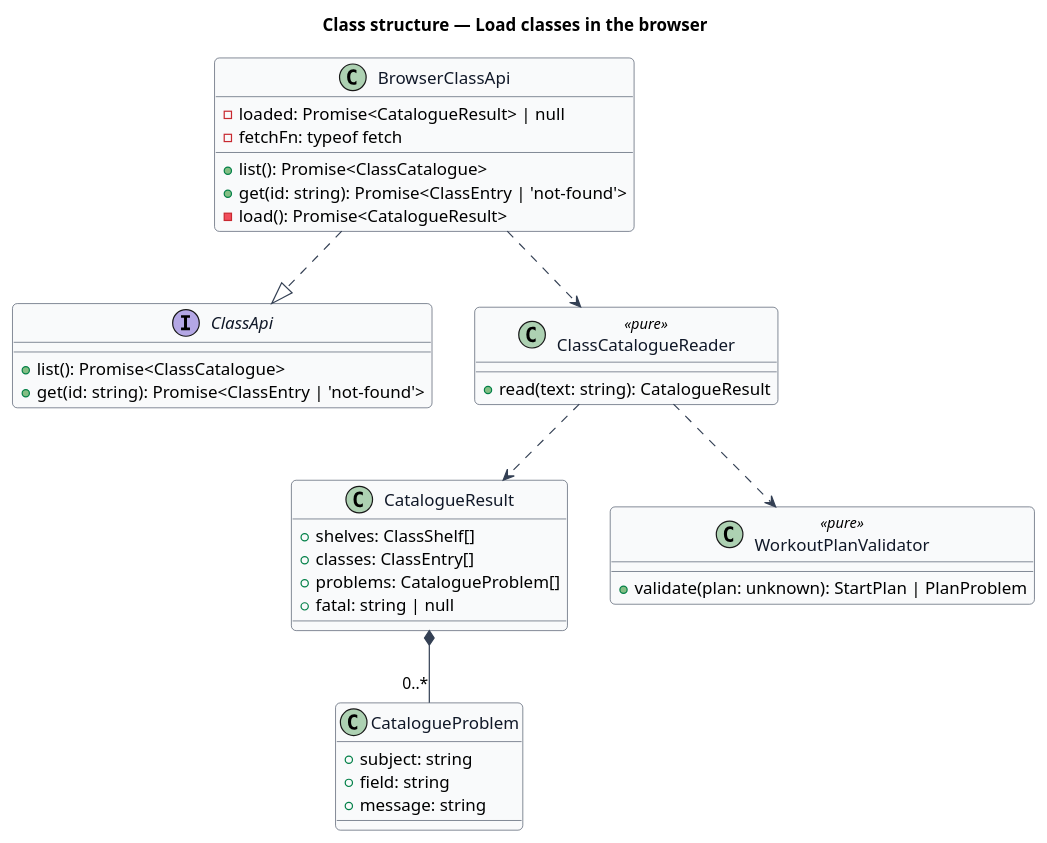
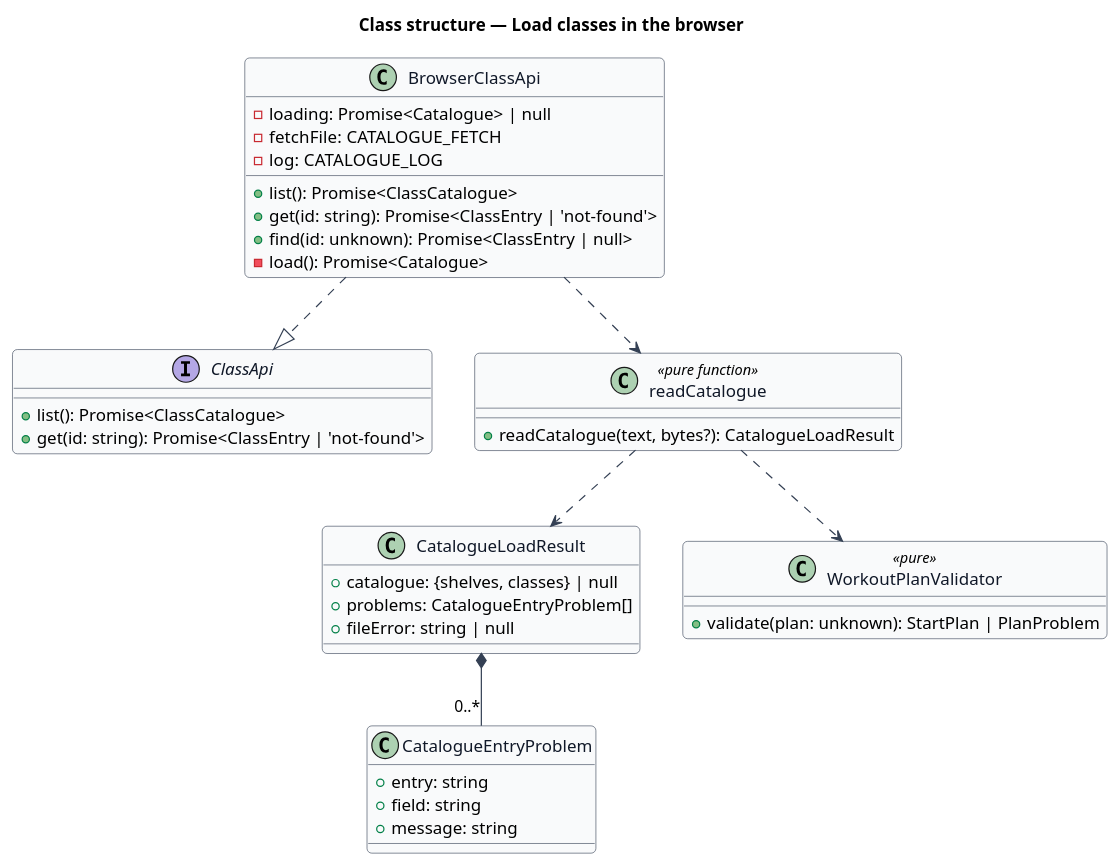
The diagram in docs/detailed-designs/browser-edition/load-classes-in-browser/diagrams/class-structure.puml (QuinntyneBrown/ride-one), drawn with PlantUML before and after one commit. The commit also changed 21 other files, not shown here.

First line of the commit message:
Read the class catalogue from classes.json in the browser edition (L2-096)

```diff
--- a/docs/detailed-designs/browser-edition/load-classes-in-browser/diagrams/class-structure.puml
+++ b/docs/detailed-designs/browser-edition/load-classes-in-browser/diagrams/class-structure.puml
@@ -1,47 +1,48 @@
 @startuml
 skinparam backgroundColor #FFFFFF
 skinparam shadowing false
 skinparam roundcorner 8
 skinparam defaultFontName Arial
 skinparam ArrowColor #344054
 skinparam class {
   BorderColor #344054
   FontColor #101828
   BackgroundColor #F9FAFB
 }
 title Class structure — Load classes in the browser
 
 interface ClassApi {
   +list(): Promise<ClassCatalogue>
   +get(id: string): Promise<ClassEntry | 'not-found'>
 }
 class BrowserClassApi {
-  -loaded: Promise<CatalogueResult> | null
-  -fetchFn: typeof fetch
+  -loading: Promise<Catalogue> | null
+  -fetchFile: CATALOGUE_FETCH
+  -log: CATALOGUE_LOG
   +list(): Promise<ClassCatalogue>
   +get(id: string): Promise<ClassEntry | 'not-found'>
-  -load(): Promise<CatalogueResult>
+  +find(id: unknown): Promise<ClassEntry | null>
+  -load(): Promise<Catalogue>
 }
-class ClassCatalogueReader <<pure>> {
-  +read(text: string): CatalogueResult
+class "readCatalogue" as ClassCatalogueReader <<pure function>> {
+  +readCatalogue(text, bytes?): CatalogueLoadResult
 }
-class CatalogueResult {
-  +shelves: ClassShelf[]
-  +classes: ClassEntry[]
-  +problems: CatalogueProblem[]
-  +fatal: string | null
+class "CatalogueLoadResult" as CatalogueResult {
+  +catalogue: {shelves, classes} | null
+  +problems: CatalogueEntryProblem[]
+  +fileError: string | null
 }
-class CatalogueProblem {
-  +subject: string
+class "CatalogueEntryProblem" as CatalogueProblem {
+  +entry: string
   +field: string
   +message: string
 }
 class WorkoutPlanValidator <<pure>> {
   +validate(plan: unknown): StartPlan | PlanProblem
 }
 BrowserClassApi ..|> ClassApi
 BrowserClassApi ..> ClassCatalogueReader
 ClassCatalogueReader ..> CatalogueResult
 CatalogueResult *-- "0..*" CatalogueProblem
 ClassCatalogueReader ..> WorkoutPlanValidator
 @enduml
```
